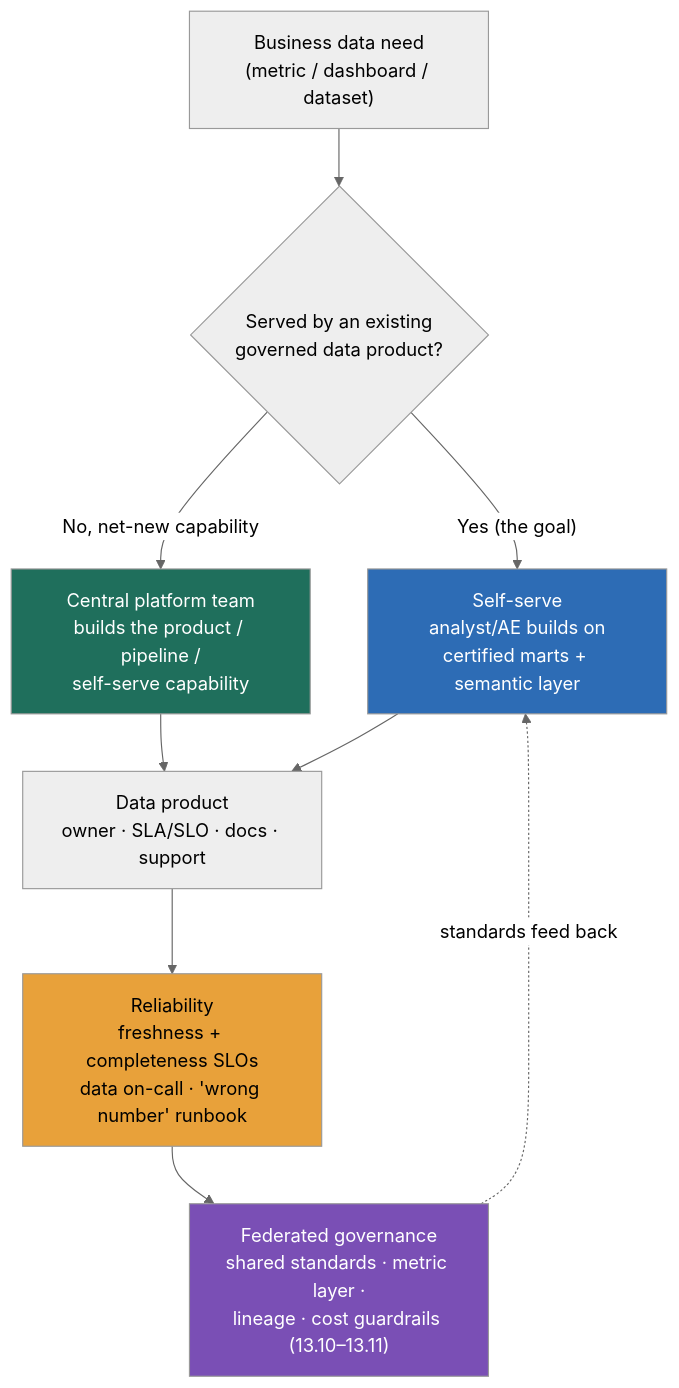
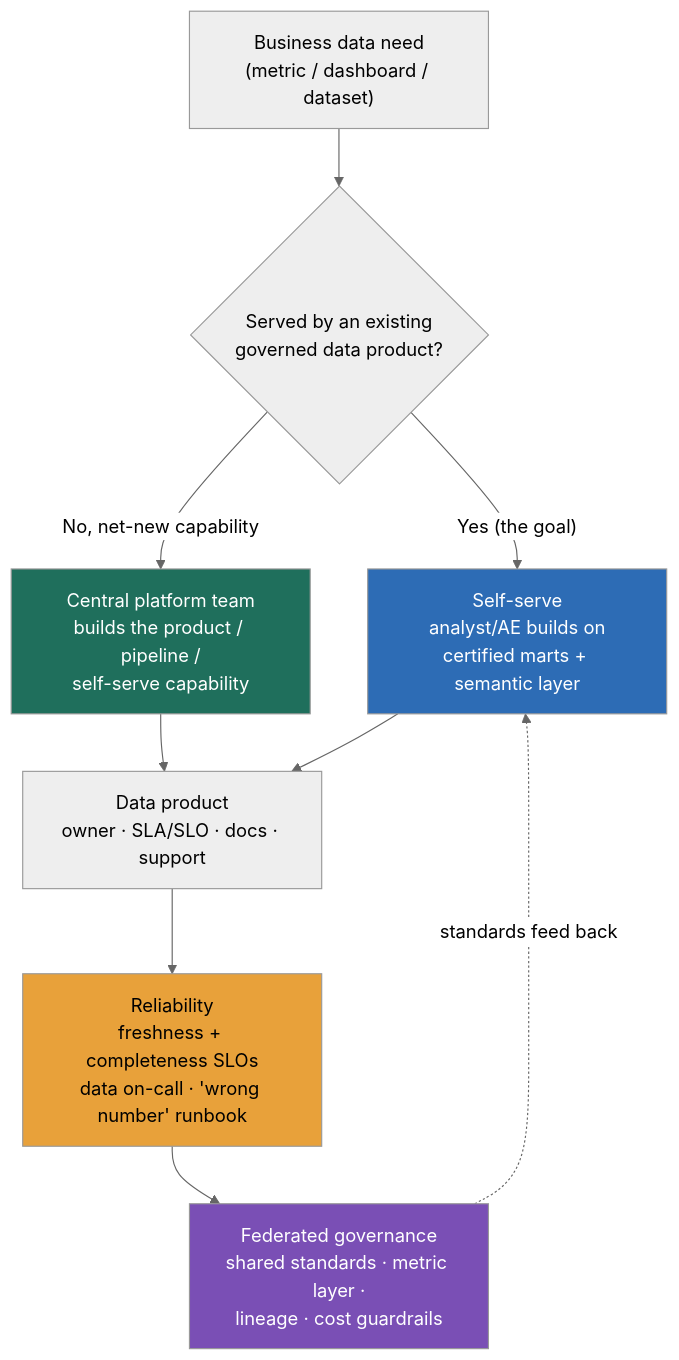
The diagram in src/content/docs/module-13/lesson-13-13.md (hkrathore/sysdesign-course), drawn with Mermaid (neutral theme) before and after one commit. The commit also changed other lines of this file and 146 other files, not shown here.

````diff
--- a/src/content/docs/module-13/lesson-13-13.md
+++ b/src/content/docs/module-13/lesson-13-13.md
@@ -47,16 +47,16 @@
 ```mermaid
 flowchart TD
     NEED["Business data need<br/>(metric / dashboard / dataset)"] --> SS{"Served by an existing<br/>governed data product?"}
     SS -->|"Yes (the goal)"| SELF["Self-serve<br/>analyst/AE builds on<br/>certified marts + semantic layer"]
     SS -->|"No, net-new capability"| PLAT["Central platform team<br/>builds the product / pipeline /<br/>self-serve capability"]
     PLAT --> PROD["Data product<br/>owner · SLA/SLO · docs · support"]
     SELF --> PROD
     PROD --> REL["Reliability<br/>freshness + completeness SLOs<br/>data on-call · 'wrong number' runbook"]
-    REL --> GOV["Federated governance<br/>shared standards · metric layer ·<br/>lineage · cost guardrails (13.10–13.11)"]
+    REL --> GOV["Federated governance<br/>shared standards · metric layer ·<br/>lineage · cost guardrails"]
     GOV -.->|"standards feed back"| SELF
 
     style PLAT fill:#1f6f5c,color:#fff
     style SELF fill:#2d6cb5,color:#fff
     style REL fill:#e8a13a,color:#000
     style GOV fill:#7a4fb5,color:#fff
 ```
````
